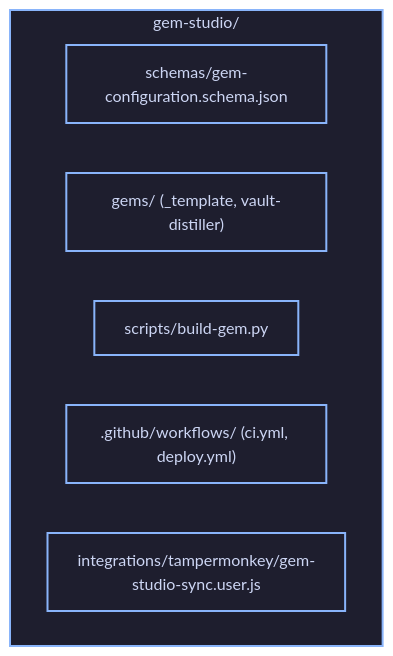
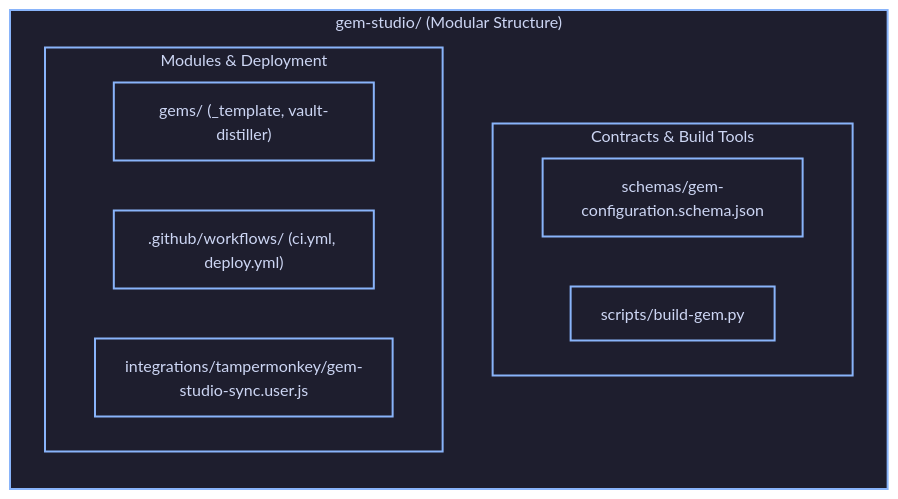
One commit to rmasabela/tech-articles changed the diagram in gemstudio-01/diagrams/fig2_repo_tree.mmd. Above: the diagram before and after it, drawn with Mermaid. The commit also changed 3 other files, not shown here.

First line of the commit message:
docs(gemstudio-01): update architecture diagrams and rebuild visual assets in English

```diff
--- a/gemstudio-01/diagrams/fig2_repo_tree.mmd
+++ b/gemstudio-01/diagrams/fig2_repo_tree.mmd
@@ -1,11 +1,16 @@
 graph TD
-    subgraph Repo["gem-studio/"]
-        S["schemas/gem-configuration.schema.json"]
-        G["gems/ (_template, vault-distiller)"]
-        SC["scripts/build-gem.py"]
-        WF[".github/workflows/ (ci.yml, deploy.yml)"]
-        TM["integrations/tampermonkey/gem-studio-sync.user.js"]
+    subgraph Repo ["gem-studio/ (Modular Structure)"]
+        direction TB
+        subgraph Core ["Contracts & Build Tools"]
+            S["schemas/gem-configuration.schema.json"]
+            SC["scripts/build-gem.py"]
+        end
+        subgraph Delivery ["Modules & Deployment"]
+            G["gems/ (_template, vault-distiller)"]
+            WF[".github/workflows/ (ci.yml, deploy.yml)"]
+            TM["integrations/tampermonkey/gem-studio-sync.user.js"]
+        end
     end
 
     classDef dir fill:#1e1e2e,stroke:#89b4fa,stroke-width:2px,color:#cdd6f4;
-    class Repo,S,G,SC,WF,TM dir;
+    class Repo,Core,Delivery,S,G,SC,WF,TM dir;
```
